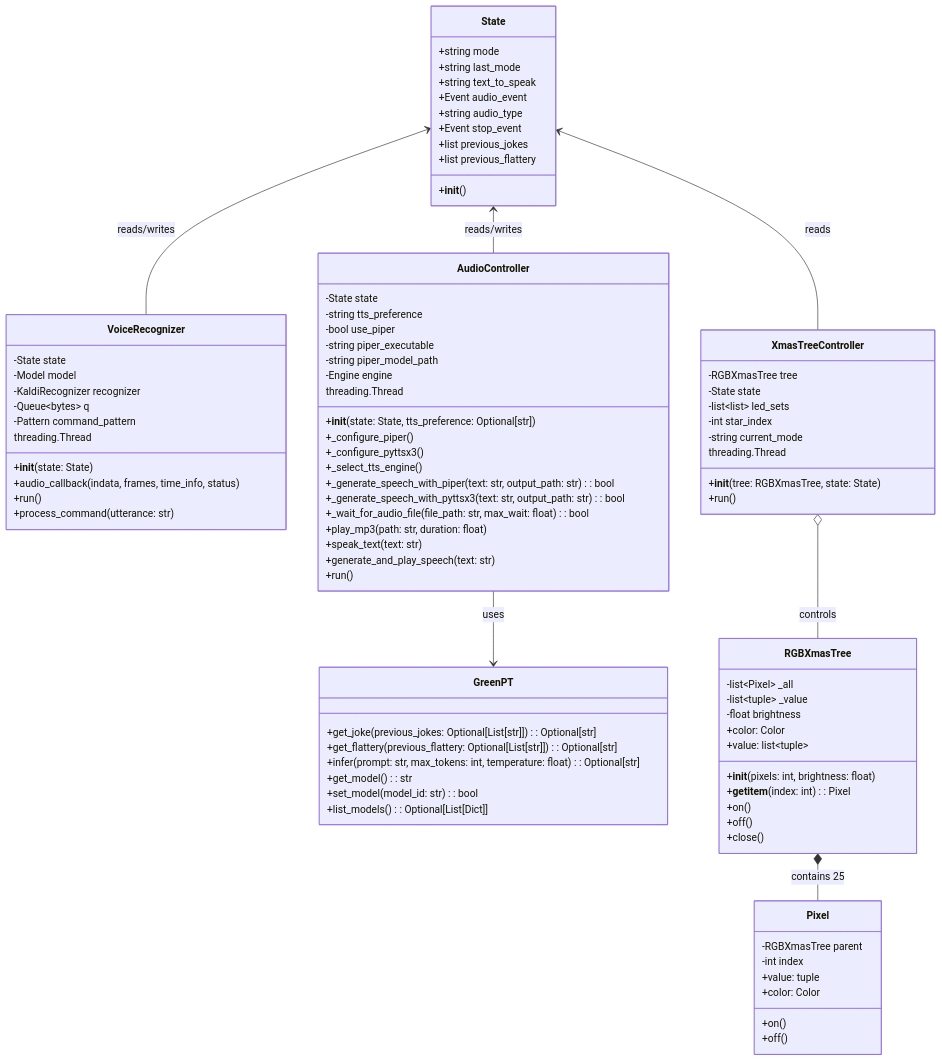
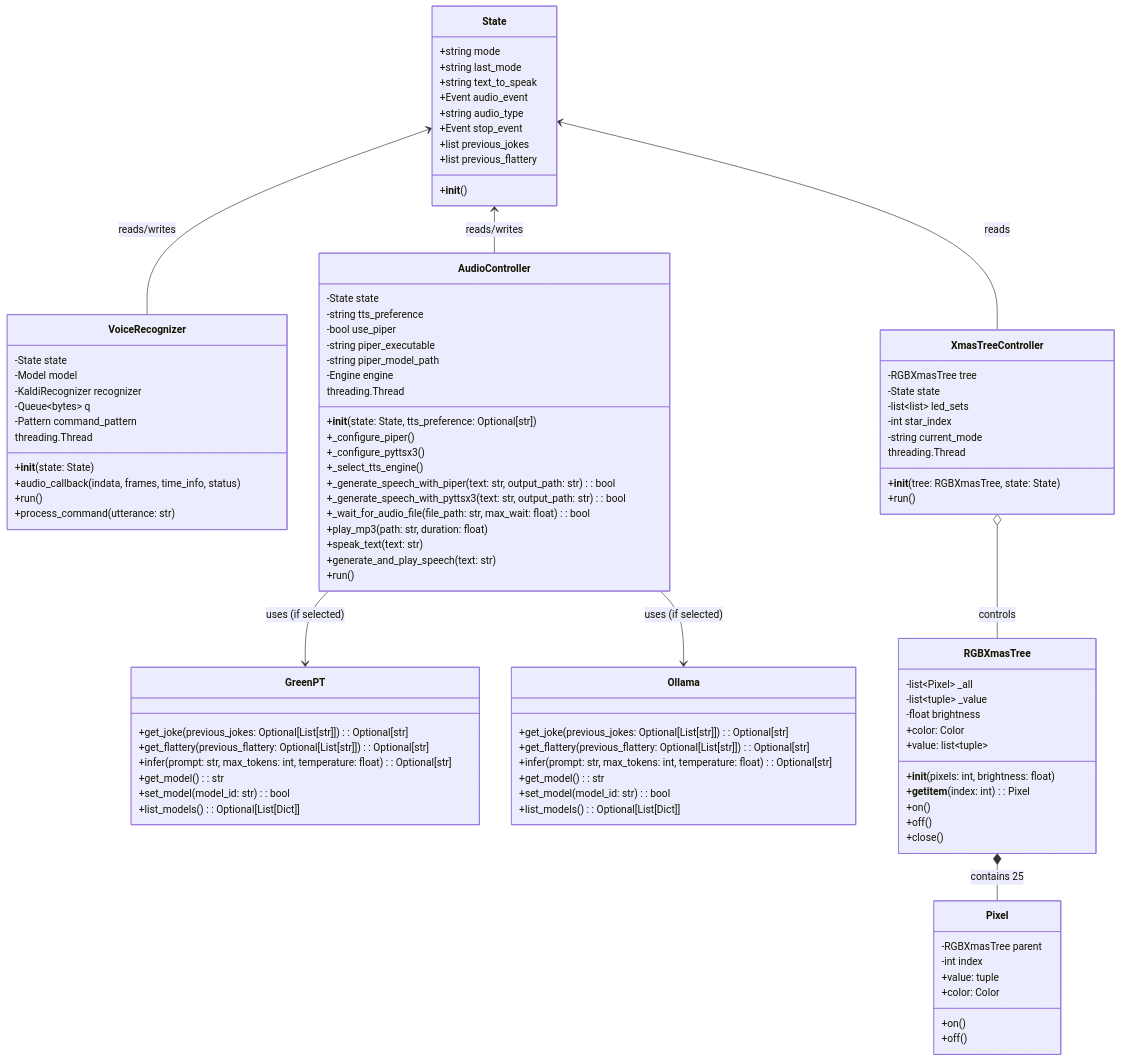
Before and after one commit to malminhas/raspberrypi-xmastree: the sixth of 11 diagrams in ARCHITECTURE.md, drawn with Mermaid. The commit also changed other lines of this file and 1 other file, not shown here.

```diff
--- a/ARCHITECTURE.md
+++ b/ARCHITECTURE.md
@@ -344,6 +350,15 @@
         +list_models(): Optional[List[Dict]]
     }
 
+    class Ollama {
+        +get_joke(previous_jokes: Optional[List[str]]): Optional[str]
+        +get_flattery(previous_flattery: Optional[List[str]]): Optional[str]
+        +infer(prompt: str, max_tokens: int, temperature: float): Optional[str]
+        +get_model(): str
+        +set_model(model_id: str): bool
+        +list_models(): Optional[List[Dict]]
+    }
+
     class RGBXmasTree {
         -list~Pixel~ _all
         -list~tuple~ _value
@@ -369,7 +384,8 @@
     State <-- VoiceRecognizer : reads/writes
     State <-- XmasTreeController : reads
     State <-- AudioController : reads/writes
-    AudioController --> GreenPT : uses
+    AudioController --> GreenPT : uses (if selected)
+    AudioController --> Ollama : uses (if selected)
     RGBXmasTree *-- Pixel : contains 25
     XmasTreeController o-- RGBXmasTree : controls
     VoiceRecognizer : threading.Thread
```
